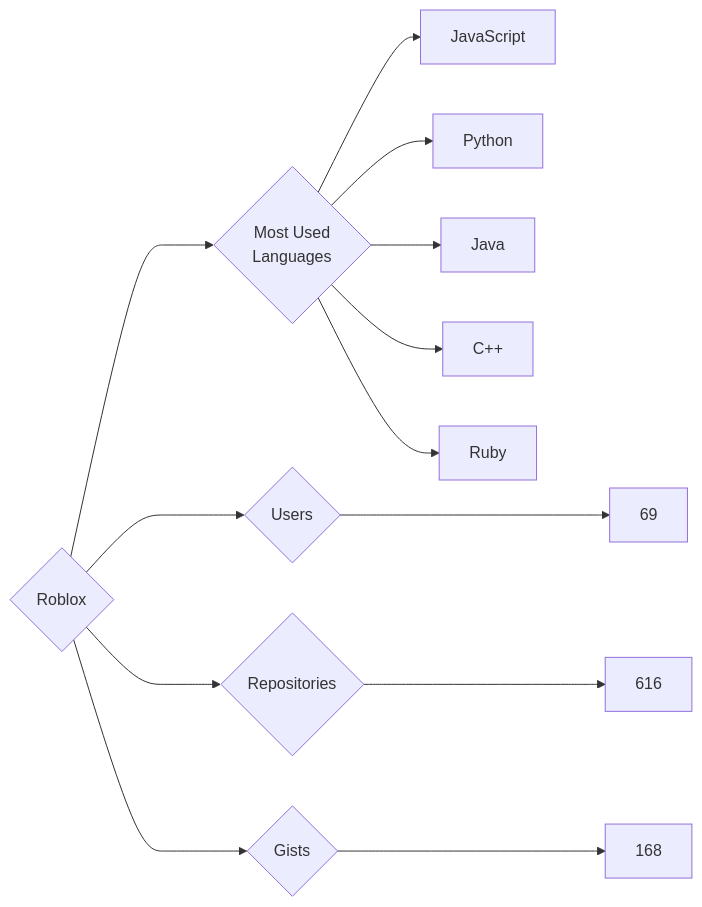
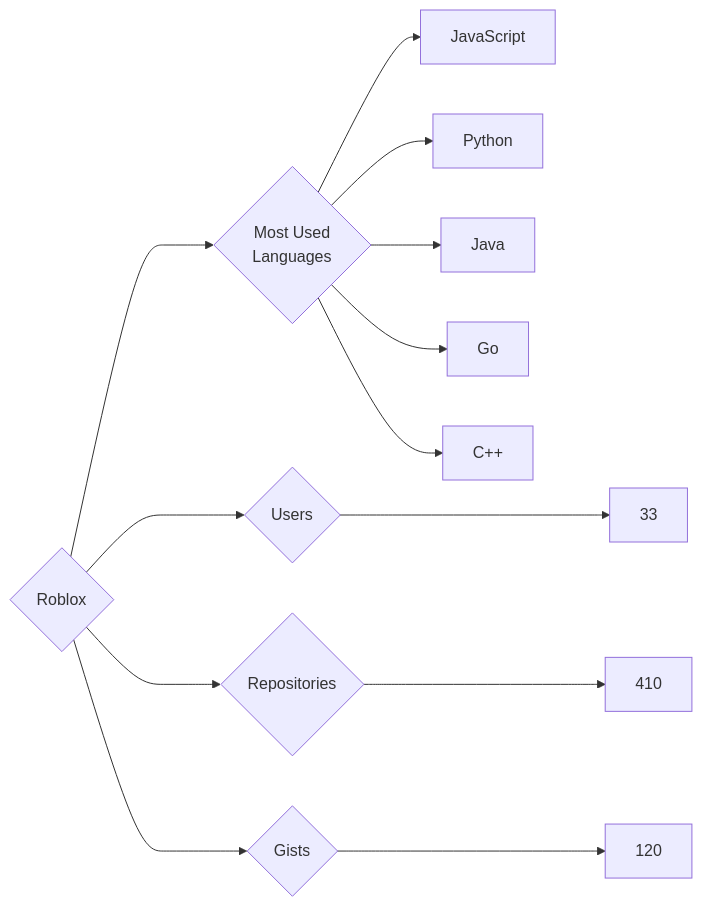
Before and after one commit to trickest/insiders: the diagram in targets/Roblox/README.md, drawn with Mermaid. The commit also changed 444 other files, not shown here.

````diff
--- a/targets/Roblox/README.md
+++ b/targets/Roblox/README.md
@@ -3,13 +3,13 @@
 ```mermaid
 graph LR
 COMPANY_NAME{Roblox}
-COMPANY_NAME ---> U{Users} ---> UN[69]
-COMPANY_NAME ---> R{Repositories} ---> RN[616]
-COMPANY_NAME ---> G{Gists} ---> GN[168]
+COMPANY_NAME ---> U{Users} ---> UN[33]
+COMPANY_NAME ---> R{Repositories} ---> RN[410]
+COMPANY_NAME ---> G{Gists} ---> GN[120]
 COMPANY_NAME ---> ML{Most Used<br>Languages}
 ML --> JavaScript[JavaScript]
 ML --> Python[Python]
 ML --> Java[Java]
+ML --> Go[Go]
 ML --> C++[C++]
-ML --> Ruby[Ruby]
 ```
````
